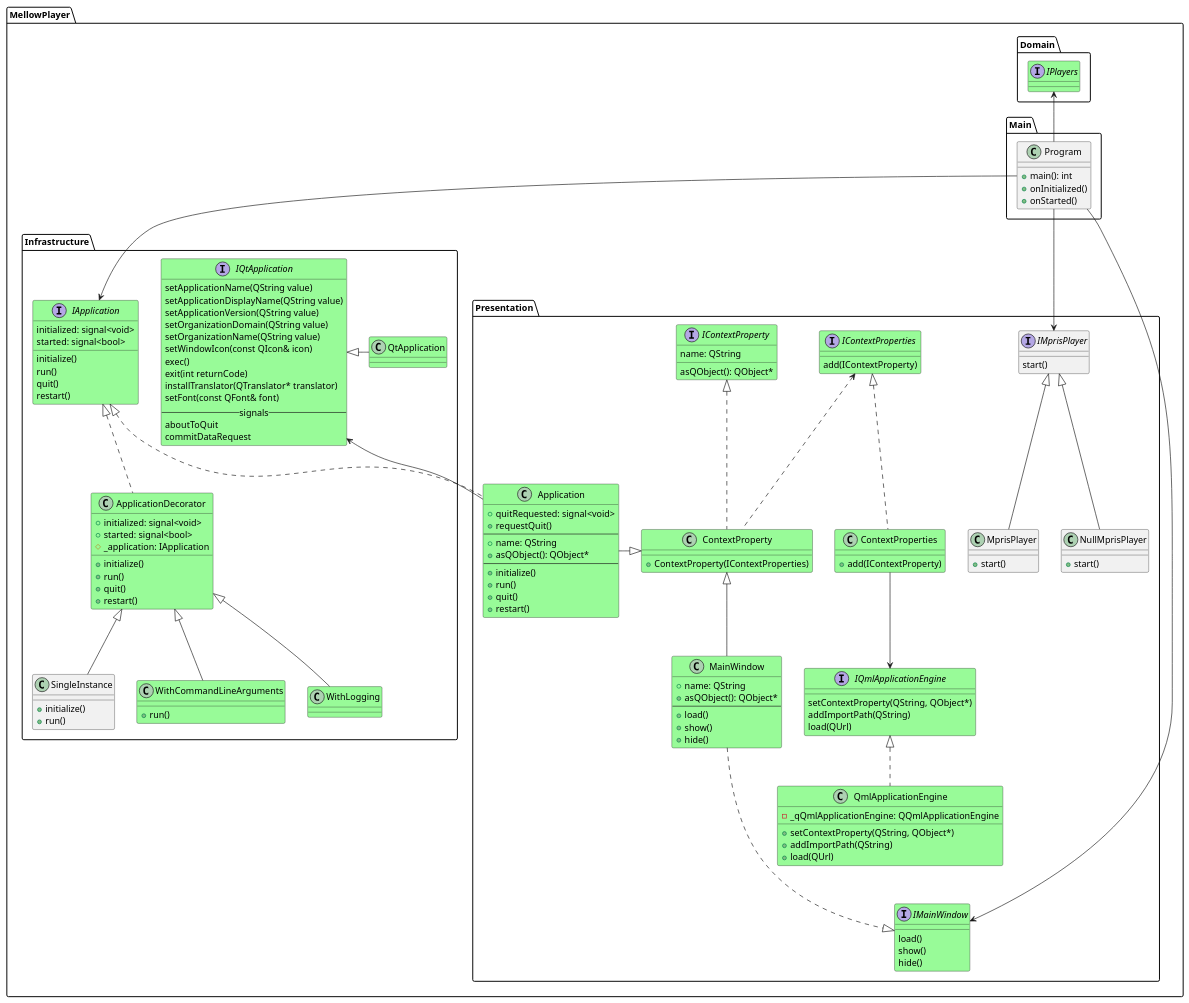
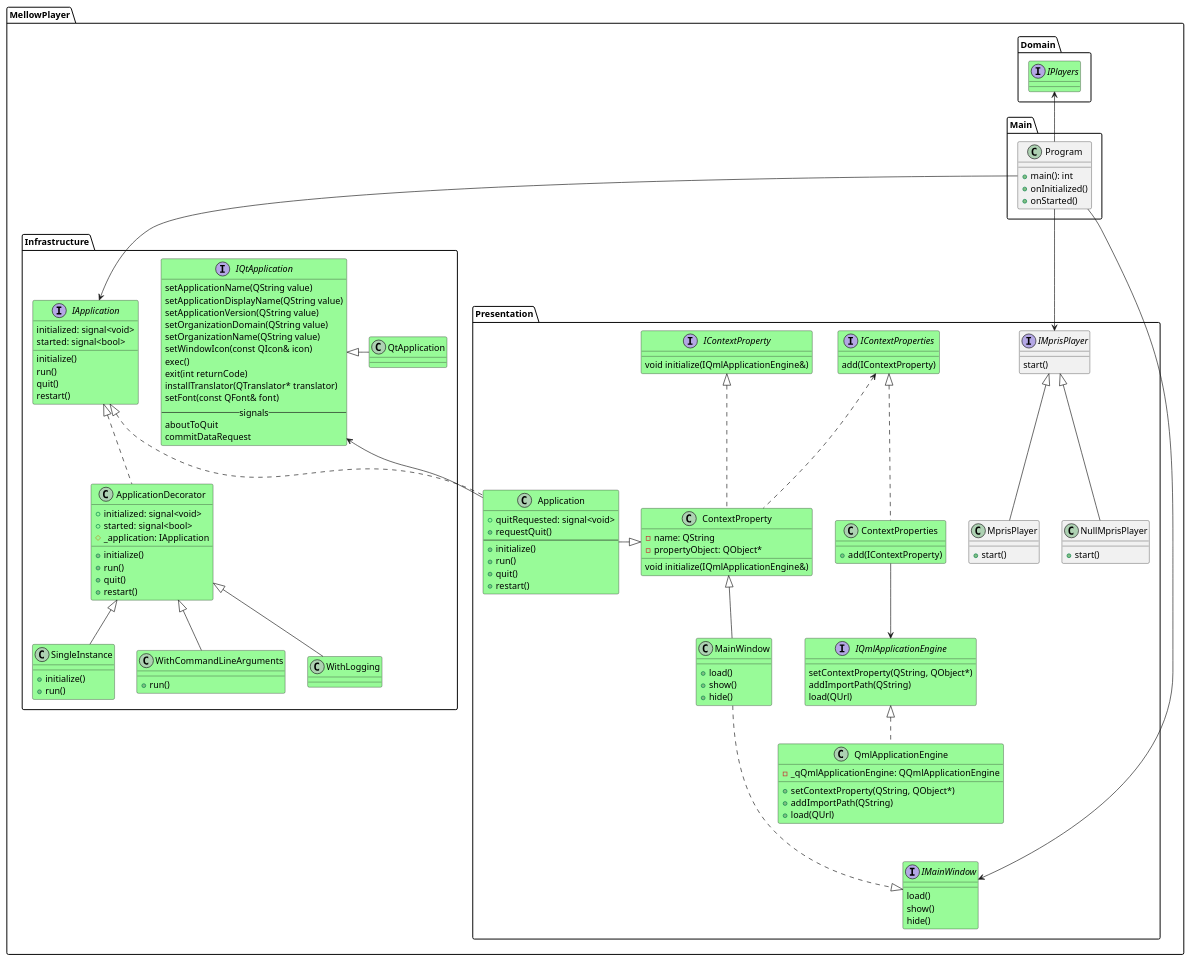
The diagram in docs/developers/PlantUml/Application.puml (ColinDuquesnoy/MellowPlayer), drawn with PlantUML before and after one commit. The commit also changed 429 other files, not shown here.

```diff
--- a/docs/developers/PlantUml/Application.puml
+++ b/docs/developers/PlantUml/Application.puml
@@ -1,195 +1,190 @@
 @startuml
 
 namespace MellowPlayer.Main {
     class Program {
         + main(): int
         + onInitialized()
         + onStarted()
 
     }
     Program --> MellowPlayer.Infrastructure.IApplication
     Program --> MellowPlayer.Presentation.IMainWindow
     Program --> MellowPlayer.Presentation.IMprisPlayer
     Program -up-> MellowPlayer.Domain.IPlayers
 }
 
 namespace MellowPlayer.Domain {
     interface IPlayers #PaleGreen
 }
 
 namespace MellowPlayer.Infrastructure {
     interface IApplication #PaleGreen {
         initialized: signal<void>
         started: signal<bool>
         initialize()
         run()
         quit()
         restart()
     }
 
     class ApplicationDecorator #PaleGreen {
         + initialized: signal<void>
         + started: signal<bool>
         # _application: IApplication
         + initialize()
         + run()
         + quit()
         + restart()
     }
 
     IApplication <|.. ApplicationDecorator
 
-    class SingleInstance {
+    class SingleInstance #PaleGreen {
         + initialize()
         + run()
     }
     ApplicationDecorator <|-- SingleInstance
 
     class WithCommandLineArguments #PaleGreen {
         + run()
     }
     ApplicationDecorator <|-- WithCommandLineArguments
 
     class WithLogging #PaleGreen {
 
     }
     ApplicationDecorator <|-- WithLogging
 
         interface IQtApplication #PaleGreen {
             setApplicationName(QString value)
             setApplicationDisplayName(QString value)
             setApplicationVersion(QString value)
             setOrganizationDomain(QString value)
             setOrganizationName(QString value)
             setWindowIcon(const QIcon& icon)
             exec()
             exit(int returnCode)
             installTranslator(QTranslator* translator)
             setFont(const QFont& font)
             --signals--
             aboutToQuit
             commitDataRequest
         }
         class QtApplication #PaleGreen {
         }
         IQtApplication <|- QtApplication
 }
 
 namespace MellowPlayer.Presentation {
     class Application #PaleGreen {
         + quitRequested: signal<void>
         + requestQuit()
         --
-        + name: QString
-        + asQObject(): QObject*
-        --
         + initialize()
         + run()
         + quit()
         + restart()
     }
     MellowPlayer.Infrastructure.IApplication <|.. Application
     ContextProperty <|- Application
     Application -> MellowPlayer.Infrastructure.IQtApplication
 
     interface IQmlApplicationEngine #PaleGreen {
         setContextProperty(QString, QObject*)
         addImportPath(QString)
         load(QUrl)
     }
     class QmlApplicationEngine #PaleGreen {
         - _qQmlApplicationEngine: QQmlApplicationEngine
         + setContextProperty(QString, QObject*)
         + addImportPath(QString)
         + load(QUrl)
     }
     IQmlApplicationEngine <|.. QmlApplicationEngine
 
     interface IContextProperty #PaleGreen {
-        name: QString
-        asQObject(): QObject*
+        void initialize(IQmlApplicationEngine&)
     }
 
     class ContextProperty #PaleGreen {
-        + ContextProperty(IContextProperties)
+        - name: QString
+        - propertyObject: QObject*
+        void initialize(IQmlApplicationEngine&)
     }
     IContextProperty <|.. ContextProperty
     ContextProperty .up.> IContextProperties
 
     interface IContextProperties #PaleGreen {
         add(IContextProperty)
     }
 
     class ContextProperties #PaleGreen {
         + add(IContextProperty)
     }
     IContextProperties <|.. ContextProperties
     ContextProperties --> IQmlApplicationEngine
 
     interface IMainWindow #PaleGreen {
         load()
         show()
         hide()
     }
 
     class MainWindow #PaleGreen {
-        + name: QString
-        + asQObject(): QObject*
-        --
         + load()
         + show()
         + hide()
     }
     IMainWindow <|.up.. MainWindow
     ContextProperty <|-- MainWindow
 
     interface IMprisPlayer {
         start()
     }
     class MprisPlayer {
         + start()
     }
     IMprisPlayer <|-- MprisPlayer
 
     class NullMprisPlayer {
         + start()
     }
     IMprisPlayer <|-- NullMprisPlayer
 }
 
 
 'note bottom
 'Refactoring steps:
 '
 '- [ ] implement new classes
 '    - [x] IApplication
 '    - [x] ApplicationDecorator
 '    - [x] WithLogging
 '    - [x] WithCommandLineArguments
 '    - [x] Application
 '    - [x] IContextProperties
 '    - [x] ContextProperties
 '    - [x] IContextProperty
 '    - [x] ContextProperty
 '    - [x] IQtApplication
 '    - [x] QtApplication
 '    - [x] IMainWindow
 '    - [x] MainWindow
 '    - [x] IQmlApplicationEngine
 '    - [x] QmlApplicationEngine
-'    - [ ] SingleInstance
+'    - [x] SingleInstance
+'
+'- [ ] bind IContextProperties and use them in all existing context properties, remove registration in MainWindowViewModel
 '
 '- [ ] Copy some classes from infrastructure to presentation (and rename old one with a Deprecated prefix) and make them use IMainWindow instead of IDeprecatedMainWindow
 '    - [ ] Hotkeys
 '    - [ ] Mpris
-'
-'- [ ] bind IContextProperties and use them in all existing context properties, remove registration in MainWindowViewModel
 '- [ ] bind IApplication to a fully decorated instance
 '- [ ] Create Program class and use it in main
 '- [ ] Delete all deprecated classes, the application should now work as before but with a brand new internal design :-)
 '- [ ] Improve SingleInstance to fix some issues appearing sometime on linux (initial issue that motivated this refactoring)
 '
 '
 'end note
 
 @enduml
```
